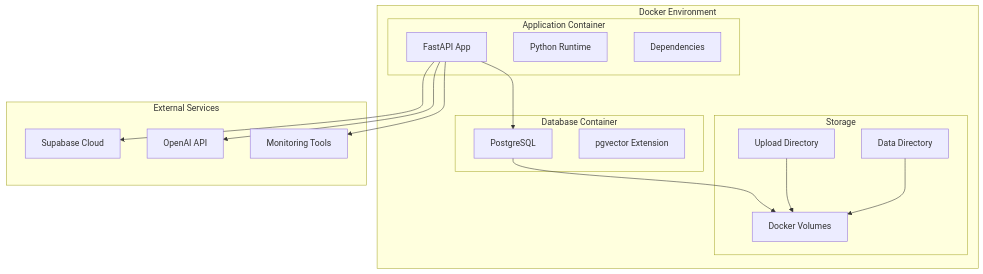
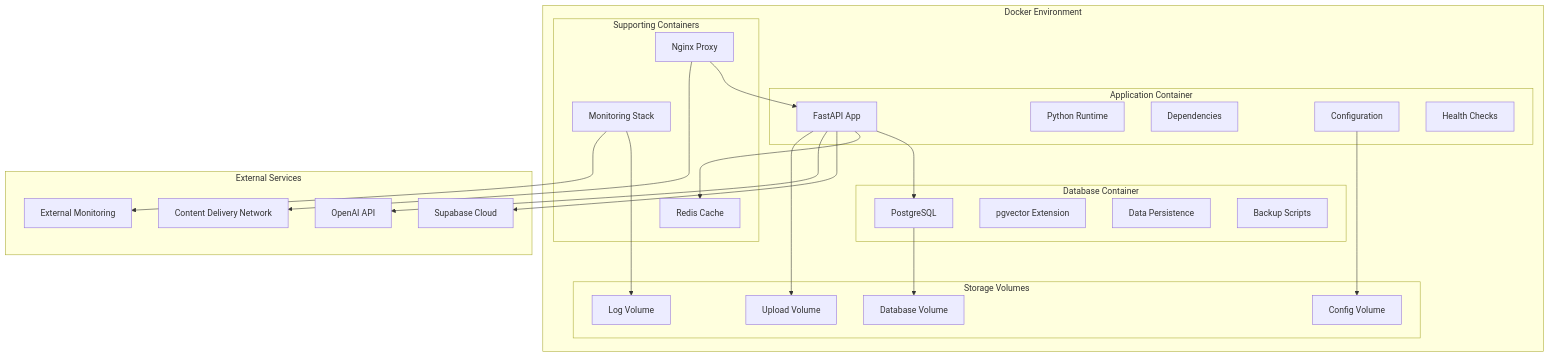
One commit to MRCORD/university-chatbot changed diagram 14 of 19 in docs/system-architecture.md. Above: the diagram before and after it, drawn with Mermaid. The commit also changed other lines of this file, not shown here.

````diff
--- a/docs/system-architecture.md
+++ b/docs/system-architecture.md
@@ -1510,36 +1962,54 @@
 ```mermaid
 graph TB
     subgraph "Docker Environment"
         subgraph "Application Container"
             FASTAPI[FastAPI App]
             PYTHON[Python Runtime]
             DEPS[Dependencies]
+            CONFIG[Configuration]
+            HEALTH[Health Checks]
         end
         
         subgraph "Database Container"
             POSTGRES[PostgreSQL]
             PGVECTOR[pgvector Extension]
+            DATA[Data Persistence]
+            BACKUP[Backup Scripts]
         end
         
-        subgraph "Storage"
-            VOLUMES[Docker Volumes]
-            UPLOADS[Upload Directory]
-            DATA[Data Directory]
+        subgraph "Supporting Containers"
+            REDIS[Redis Cache]
+            NGINX[Nginx Proxy]
+            MONITORING[Monitoring Stack]
+        end
+        
+        subgraph "Storage Volumes"
+            DB_VOLUME[Database Volume]
+            UPLOAD_VOLUME[Upload Volume]
+            LOG_VOLUME[Log Volume]
+            CONFIG_VOLUME[Config Volume]
         end
     end
     
     subgraph "External Services"
         SUPABASE[Supabase Cloud]
         OPENAI[OpenAI API]
-        MONITORING[Monitoring Tools]
+        EXTERNAL_MONITORING[External Monitoring]
+        CDN[Content Delivery Network]
     end
     
     FASTAPI --> POSTGRES
+    FASTAPI --> REDIS
     FASTAPI --> SUPABASE
     FASTAPI --> OPENAI
-    FASTAPI --> MONITORING
     
-    POSTGRES --> VOLUMES
-    UPLOADS --> VOLUMES
-    DATA --> VOLUMES
+    NGINX --> FASTAPI
+    
+    POSTGRES --> DB_VOLUME
+    FASTAPI --> UPLOAD_VOLUME
+    MONITORING --> LOG_VOLUME
+    CONFIG --> CONFIG_VOLUME
+    
+    NGINX --> CDN
+    MONITORING --> EXTERNAL_MONITORING
 ```
````
